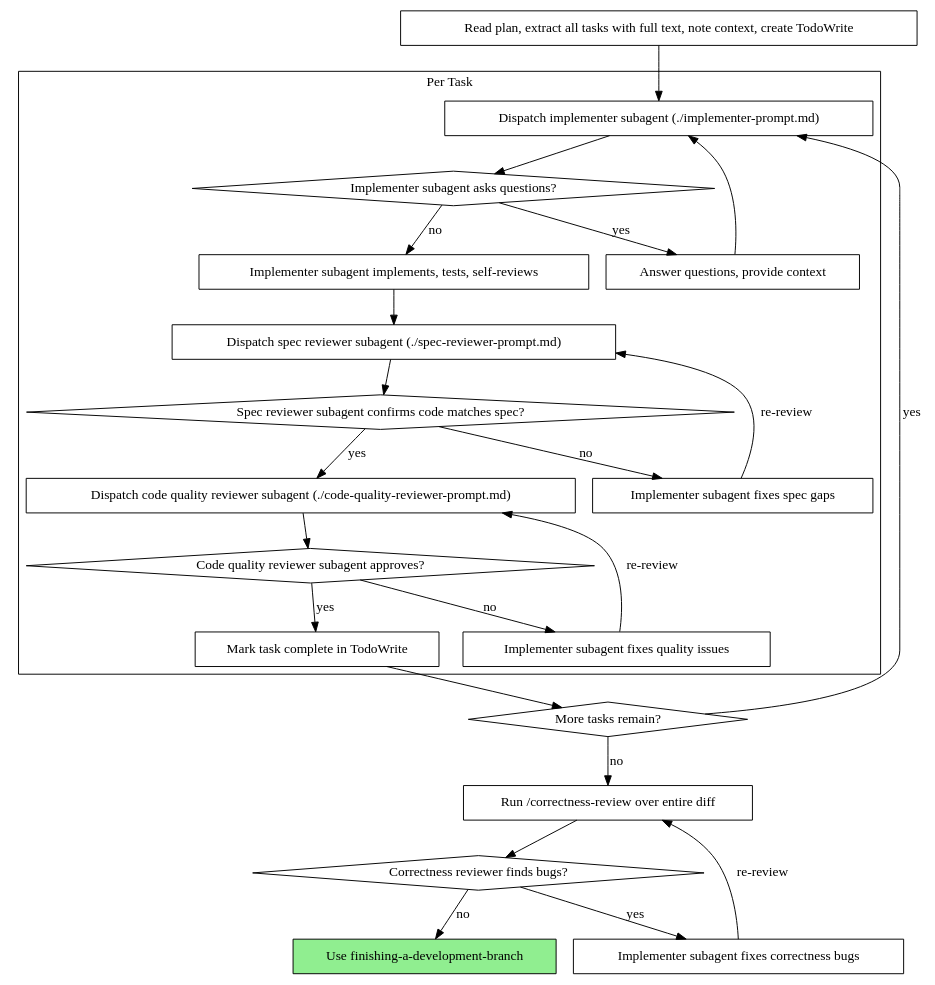
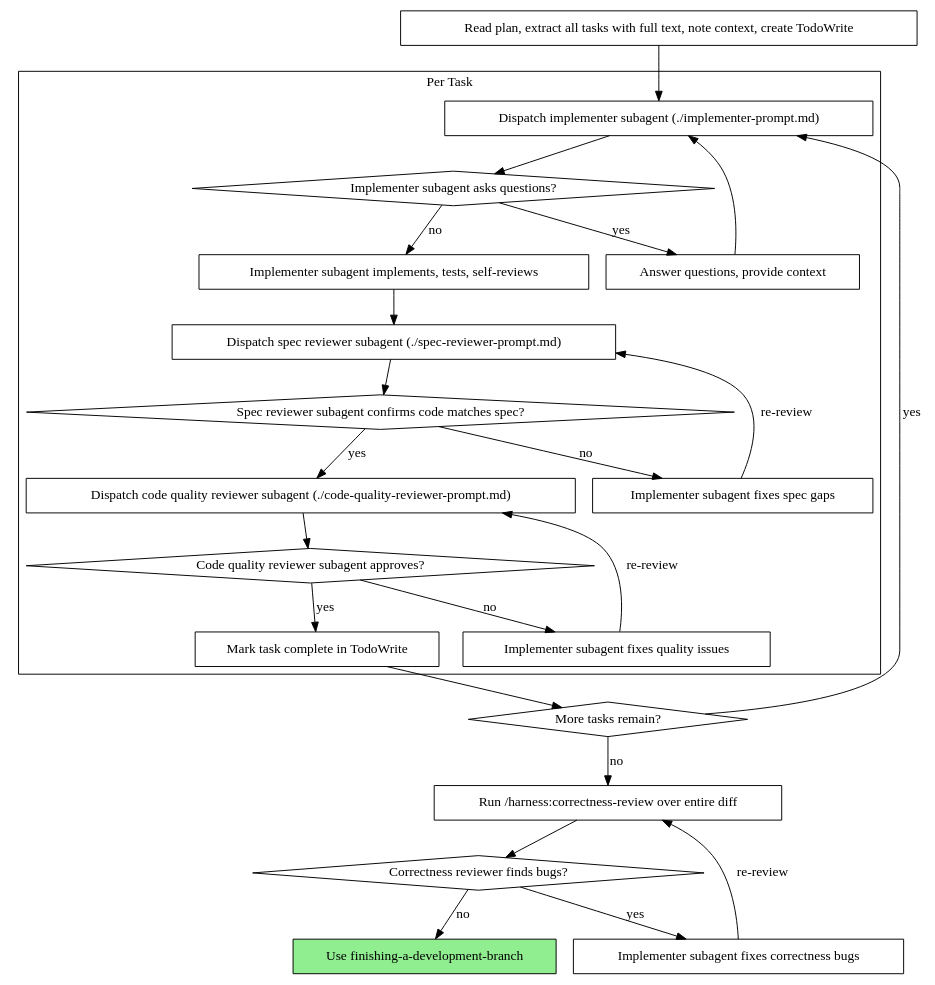
The second of 2 diagrams in skills/subagent-driven-development/SKILL.md (minhtran3124/harness-skills), drawn with Graphviz before and after one commit. The commit also changed other lines of this file and 47 other files, not shown here.

````diff
--- a/skills/subagent-driven-development/SKILL.md
+++ b/skills/subagent-driven-development/SKILL.md
@@ -49,49 +49,49 @@
 ```dot
 digraph process {
     rankdir=TB;
 
     subgraph cluster_per_task {
         label="Per Task";
         "Dispatch implementer subagent (./implementer-prompt.md)" [shape=box];
         "Implementer subagent asks questions?" [shape=diamond];
         "Answer questions, provide context" [shape=box];
         "Implementer subagent implements, tests, self-reviews" [shape=box];
         "Dispatch spec reviewer subagent (./spec-reviewer-prompt.md)" [shape=box];
         "Spec reviewer subagent confirms code matches spec?" [shape=diamond];
         "Implementer subagent fixes spec gaps" [shape=box];
         "Dispatch code quality reviewer subagent (./code-quality-reviewer-prompt.md)" [shape=box];
         "Code quality reviewer subagent approves?" [shape=diamond];
         "Implementer subagent fixes quality issues" [shape=box];
         "Mark task complete in TodoWrite" [shape=box];
     }
 
     "Read plan, extract all tasks with full text, note context, create TodoWrite" [shape=box];
     "More tasks remain?" [shape=diamond];
-    "Run /correctness-review over entire diff" [shape=box];
+    "Run /harness:correctness-review over entire diff" [shape=box];
     "Correctness reviewer finds bugs?" [shape=diamond];
     "Implementer subagent fixes correctness bugs" [shape=box];
     "Use finishing-a-development-branch" [shape=box style=filled fillcolor=lightgreen];
 
     "Read plan, extract all tasks with full text, note context, create TodoWrite" -> "Dispatch implementer subagent (./implementer-prompt.md)";
     "Dispatch implementer subagent (./implementer-prompt.md)" -> "Implementer subagent asks questions?";
     "Implementer subagent asks questions?" -> "Answer questions, provide context" [label="yes"];
     "Answer questions, provide context" -> "Dispatch implementer subagent (./implementer-prompt.md)";
     "Implementer subagent asks questions?" -> "Implementer subagent implements, tests, self-reviews" [label="no"];
     "Implementer subagent implements, tests, self-reviews" -> "Dispatch spec reviewer subagent (./spec-reviewer-prompt.md)";
     "Dispatch spec reviewer subagent (./spec-reviewer-prompt.md)" -> "Spec reviewer subagent confirms code matches spec?";
     "Spec reviewer subagent confirms code matches spec?" -> "Implementer subagent fixes spec gaps" [label="no"];
     "Implementer subagent fixes spec gaps" -> "Dispatch spec reviewer subagent (./spec-reviewer-prompt.md)" [label="re-review"];
     "Spec reviewer subagent confirms code matches spec?" -> "Dispatch code quality reviewer subagent (./code-quality-reviewer-prompt.md)" [label="yes"];
     "Dispatch code quality reviewer subagent (./code-quality-reviewer-prompt.md)" -> "Code quality reviewer subagent approves?";
     "Code quality reviewer subagent approves?" -> "Implementer subagent fixes quality issues" [label="no"];
     "Implementer subagent fixes quality issues" -> "Dispatch code quality reviewer subagent (./code-quality-reviewer-prompt.md)" [label="re-review"];
     "Code quality reviewer subagent approves?" -> "Mark task complete in TodoWrite" [label="yes"];
     "Mark task complete in TodoWrite" -> "More tasks remain?";
     "More tasks remain?" -> "Dispatch implementer subagent (./implementer-prompt.md)" [label="yes"];
-    "More tasks remain?" -> "Run /correctness-review over entire diff" [label="no"];
-    "Run /correctness-review over entire diff" -> "Correctness reviewer finds bugs?";
+    "More tasks remain?" -> "Run /harness:correctness-review over entire diff" [label="no"];
+    "Run /harness:correctness-review over entire diff" -> "Correctness reviewer finds bugs?";
     "Correctness reviewer finds bugs?" -> "Implementer subagent fixes correctness bugs" [label="yes"];
-    "Implementer subagent fixes correctness bugs" -> "Run /correctness-review over entire diff" [label="re-review"];
+    "Implementer subagent fixes correctness bugs" -> "Run /harness:correctness-review over entire diff" [label="re-review"];
     "Correctness reviewer finds bugs?" -> "Use finishing-a-development-branch" [label="no"];
 }
 ```
````
